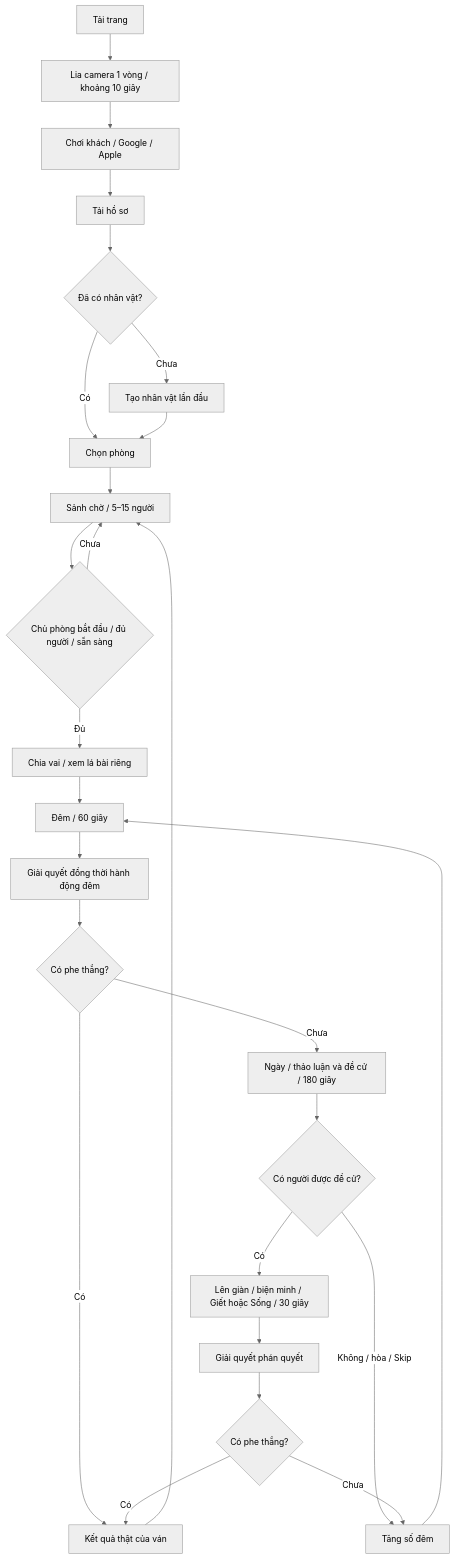
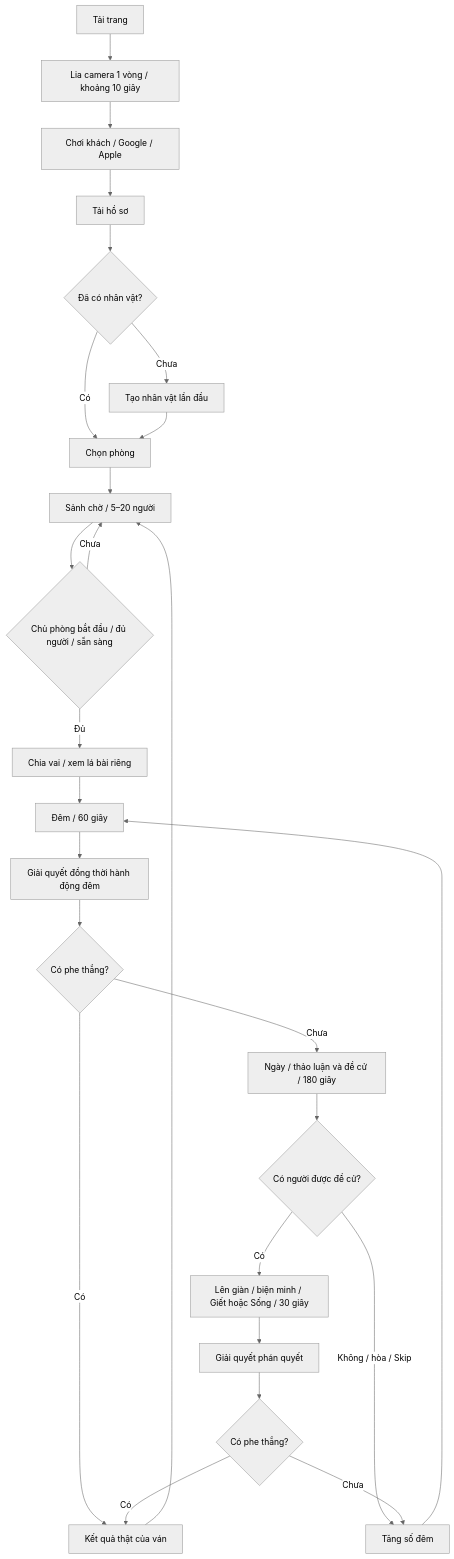
One commit to duyminh-bostrap/3D-werewolf changed the diagram in docs/GAMEPLAY_SPEC.md. Above: the diagram before and after it, drawn with Mermaid (neutral theme). The commit also changed other lines of this file and 11 other files, not shown here.

````diff
--- a/docs/GAMEPLAY_SPEC.md
+++ b/docs/GAMEPLAY_SPEC.md
@@ -29,28 +30,28 @@
 ```mermaid
 flowchart TD
   Load[Tải trang] --> Intro[Lia camera 1 vòng / khoảng 10 giây]
   Intro --> Auth[Chơi khách / Google / Apple]
   Auth --> Profile[Tải hồ sơ]
   Profile --> Exists{Đã có nhân vật?}
   Exists -- Chưa --> Character[Tạo nhân vật lần đầu]
   Exists -- Có --> Rooms[Chọn phòng]
   Character --> Rooms
-  Rooms --> Lobby[Sảnh chờ / 5–15 người]
+  Rooms --> Lobby[Sảnh chờ / 5–20 người]
   Lobby --> Ready{Chủ phòng bắt đầu / đủ người / sẵn sàng}
   Ready -- Chưa --> Lobby
   Ready -- Đủ --> Reveal[Chia vai / xem lá bài riêng]
   Reveal --> Night[Đêm / 60 giây]
   Night --> ResolveNight[Giải quyết đồng thời hành động đêm]
   ResolveNight --> Win{Có phe thắng?}
   Win -- Có --> End[Kết quả thật của ván]
   Win -- Chưa --> Day[Ngày / thảo luận và đề cử / 180 giây]
   Day --> Nominee{Có người được đề cử?}
   Nominee -- Không / hòa / Skip --> NextNight[Tăng số đêm]
   NextNight --> Night
   Nominee -- Có --> Trial[Lên giàn / biện minh / Giết hoặc Sống / 30 giây]
   Trial --> Verdict[Giải quyết phán quyết]
   Verdict --> WinTrial{Có phe thắng?}
   WinTrial -- Có --> End
   WinTrial -- Chưa --> NextNight
   End --> Lobby
 ```
````
